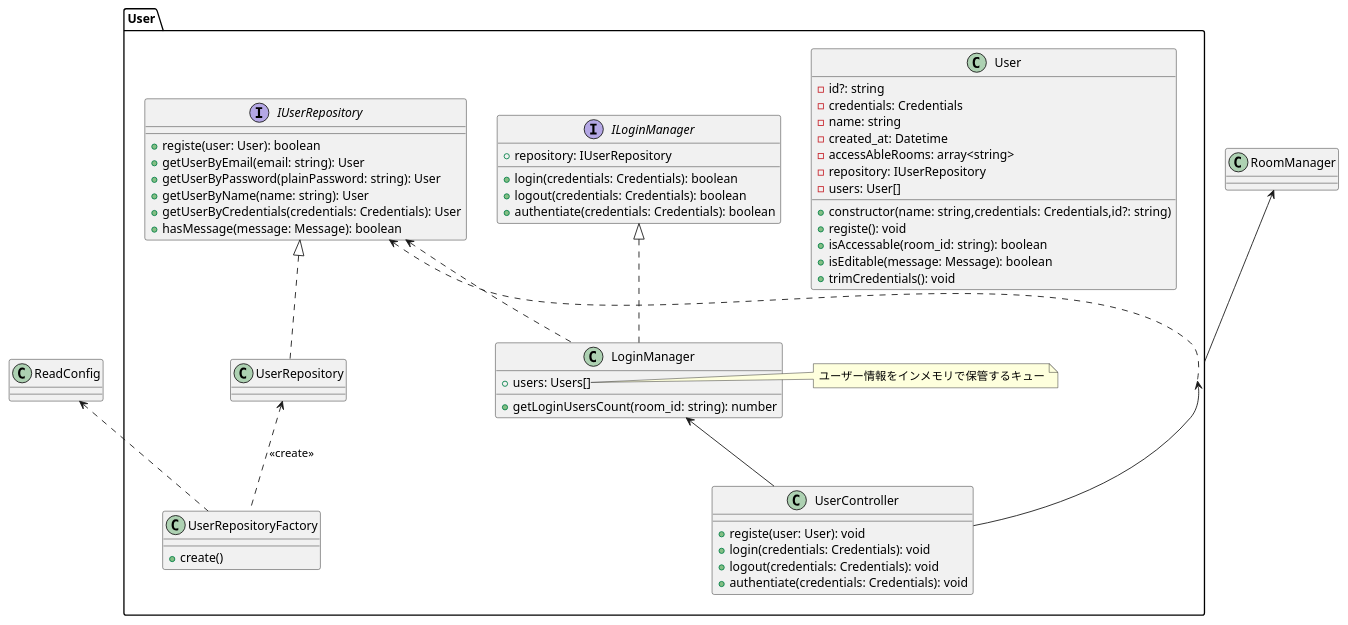
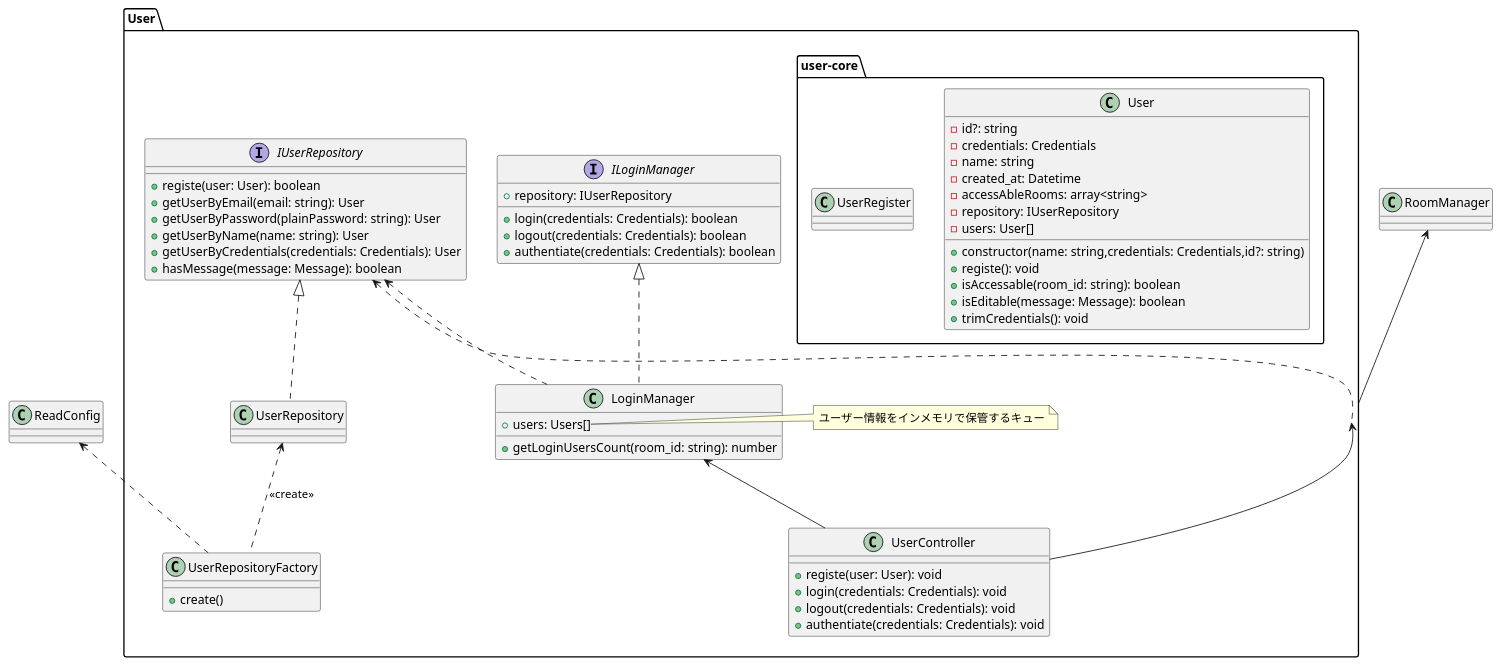
The diagram in documents/plantUML/クラス図/サーバー/クラス図User.wsd (TOnodera/chatterman), drawn with PlantUML before and after one commit. The commit also changed 6 other files, not shown here.

Commit message:
クラス図変更ユーザークラスに状態をもたせたくないので登録用クラスと操作用クラスを分ける

```diff
--- a/documents/plantUML/クラス図/サーバー/クラス図User.wsd
+++ b/documents/plantUML/クラス図/サーバー/クラス図User.wsd
@@ -1,69 +1,76 @@
 @startuml
 
 package User{
 
-    class User{
-        -id?: string
-        -credentials: Credentials
-        -name: string
-        -created_at: Datetime
-        -accessAbleRooms: array<string>
-        -repository: IUserRepository
-        -users: User[]
-        +constructor(name: string,credentials: Credentials,id?: string)
-        +registe(): void
-        +isAccessable(room_id: string): boolean
-        +isEditable(message: Message): boolean
-        +trimCredentials(): void
+    package user-core{
+        
+        class User{
+            -id?: string
+            -credentials: Credentials
+            -name: string
+            -created_at: Datetime
+            -accessAbleRooms: array<string>
+            -repository: IUserRepository
+            -users: User[]
+            +constructor(name: string,credentials: Credentials,id?: string)
+            +registe(): void
+            +isAccessable(room_id: string): boolean
+            +isEditable(message: Message): boolean
+            +trimCredentials(): void
+        }
+
+        class UserRegister{
+            
+        }
     }
 
     Interface ILoginManager{
         +repository: IUserRepository
         +login(credentials: Credentials): boolean
         +logout(credentials: Credentials): boolean
         +authentiate(credentials: Credentials): boolean
     }
 
     class LoginManager{
         +users: Users[]
         +getLoginUsersCount(room_id: string): number
     }
     note right of LoginManager::users
-        ユーザー情報をインメモリで保管するキュー
+    ユーザー情報をインメモリで保管するキュー
     endnote
 
     Interface IUserRepository{
         +registe(user: User): boolean
         +getUserByEmail(email: string): User
         +getUserByPassword(plainPassword: string): User
         +getUserByName(name: string): User
         +getUserByCredentials(credentials: Credentials): User
         +hasMessage(message: Message): boolean
     }
 
     class UserRepository
 
     class UserController{
         +registe(user: User): void
         +login(credentials: Credentials): void
         +logout(credentials: Credentials): void
         +authentiate(credentials: Credentials): void
     }
 
     class UserRepositoryFactory{
         +create()
     }
 
 }
 
 User <-- UserController
 ILoginManager <|.. LoginManager
 IUserRepository <.. User
 IUserRepository <.. LoginManager
 ReadConfig <.. UserRepositoryFactory
 IUserRepository <|.. UserRepository
 UserRepository <.. UserRepositoryFactory : <<create>>
 LoginManager <-- UserController
 RoomManager <-- User
 
 @enduml
```
